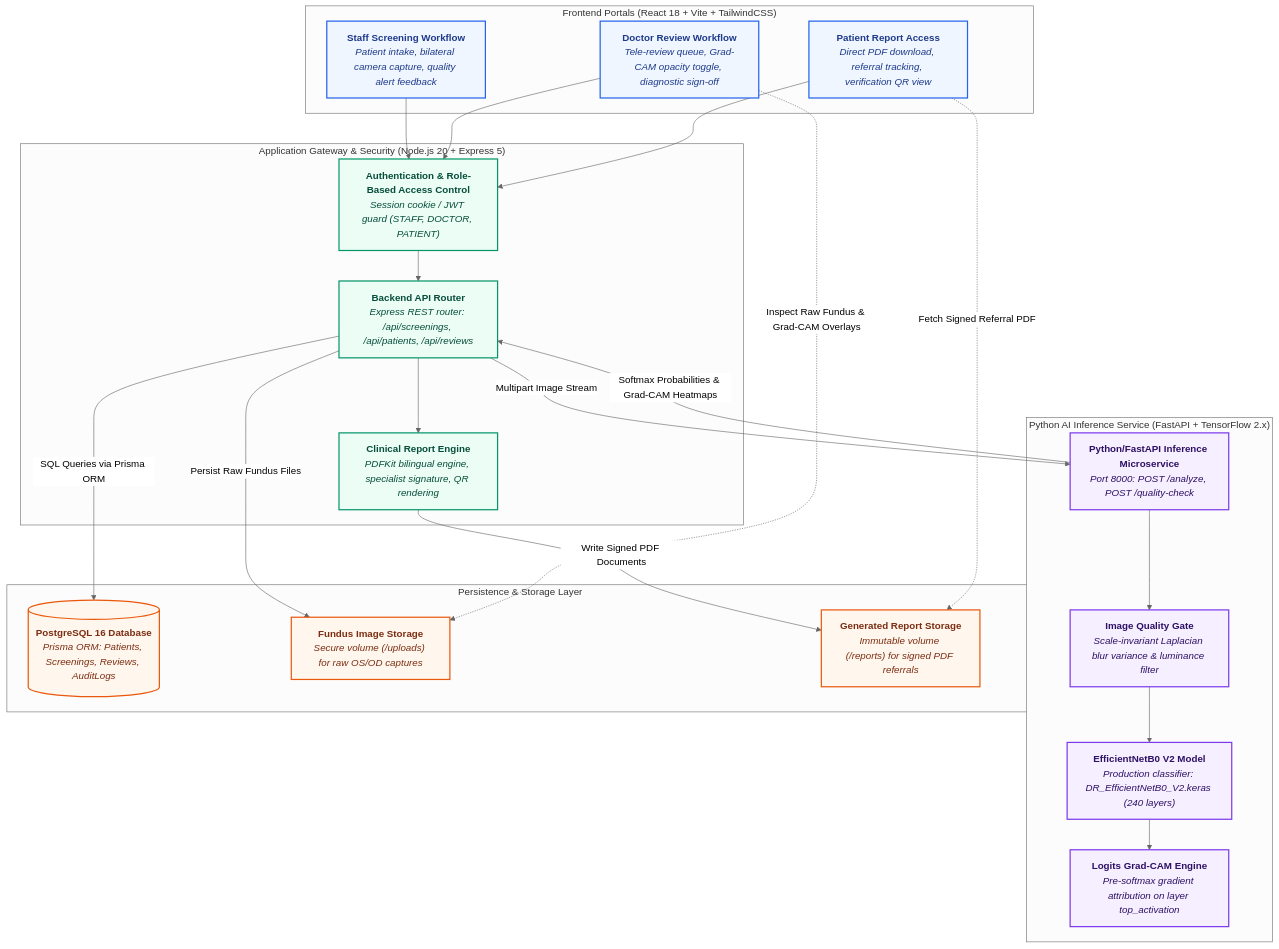
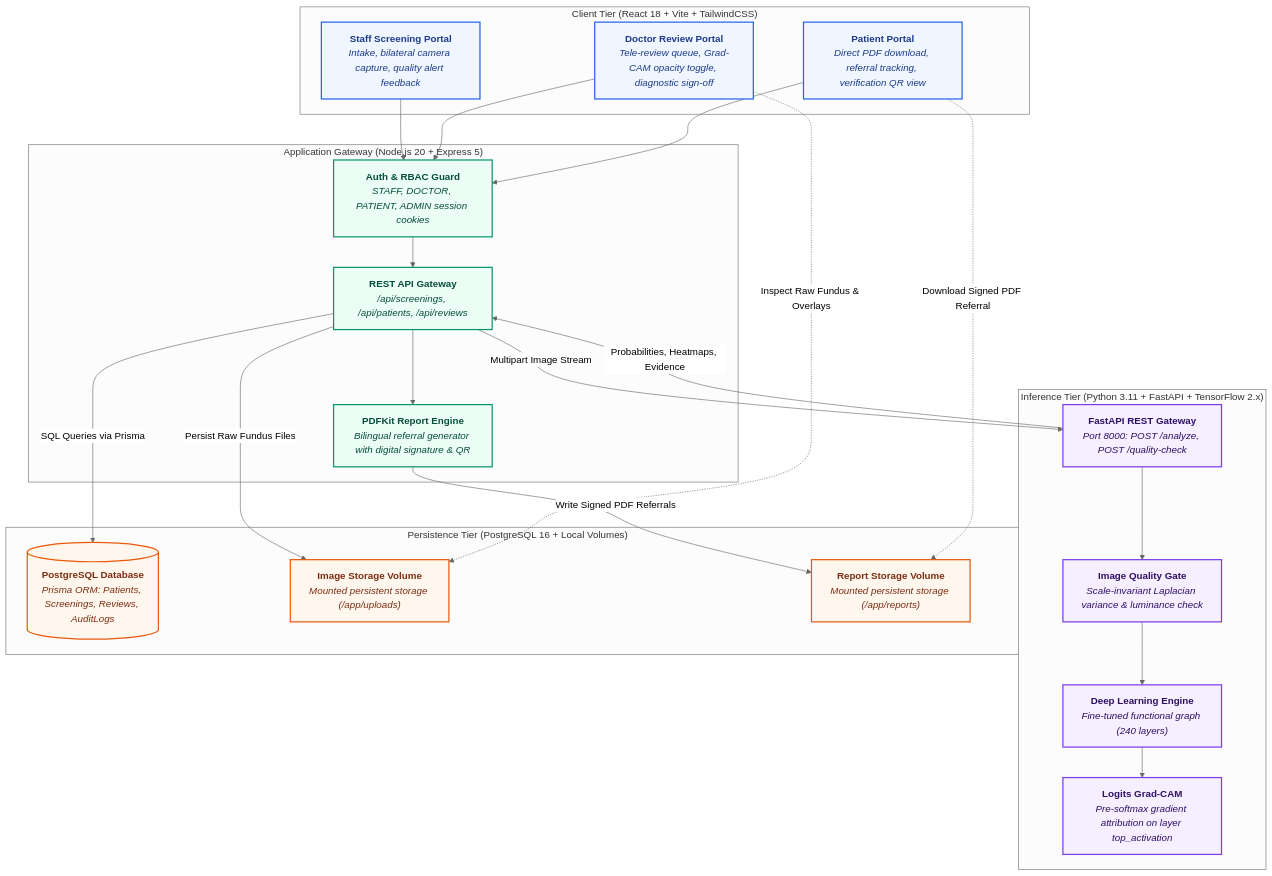
Before and after one commit to SudarshanSingh1/DR-Screening-System: the second of 3 diagrams in README.md, drawn with Mermaid (neutral theme). The commit also changed other lines of this file, not shown here.

Commit message:
Enhance performance of data retrieval functions

````diff
--- a/README.md
+++ b/README.md
@@ -205,56 +294,56 @@
 ```mermaid
 flowchart TD
-    subgraph Frontend_Portals ["Frontend Portals (React 18 + Vite + TailwindCSS)"]
-        STAFF_WF["<b>Staff Screening Workflow</b><br/><i>Patient intake, bilateral camera capture, quality alert feedback</i>"]
-        DOC_WF["<b>Doctor Review Workflow</b><br/><i>Tele-review queue, Grad-CAM opacity toggle, diagnostic sign-off</i>"]
-        PATIENT_ACCESS["<b>Patient Report Access</b><br/><i>Direct PDF download, referral tracking, verification QR view</i>"]
+    subgraph UI ["Client Tier (React 18 + Vite + TailwindCSS)"]
+        STAFF["<b>Staff Screening Portal</b><br/><i>Intake, bilateral camera capture, quality alert feedback</i>"]
+        DOCTOR["<b>Doctor Review Portal</b><br/><i>Tele-review queue, Grad-CAM opacity toggle, diagnostic sign-off</i>"]
+        PATIENT["<b>Patient Portal</b><br/><i>Direct PDF download, referral tracking, verification QR view</i>"]
     end
 
-    subgraph Security_Gateway ["Application Gateway & Security (Node.js 20 + Express 5)"]
-        AUTH_RBAC["<b>Authentication & Role-Based Access Control</b><br/><i>Session cookie / JWT guard (STAFF, DOCTOR, PATIENT)</i>"]
-        BACKEND_API["<b>Backend API Router</b><br/><i>Express REST router: /api/screenings, /api/patients, /api/reviews</i>"]
-        REPORT_GEN["<b>Clinical Report Engine</b><br/><i>PDFKit bilingual engine, specialist signature, QR rendering</i>"]
-        AUTH_RBAC --> BACKEND_API
-        BACKEND_API --> REPORT_GEN
+    subgraph GATEWAY ["Application Gateway (Node.js 20 + Express 5)"]
+        AUTH["<b>Auth & RBAC Guard</b><br/><i>STAFF, DOCTOR, PATIENT, ADMIN session cookies</i>"]
+        ROUTER["<b>REST API Gateway</b><br/><i>/api/screenings, /api/patients, /api/reviews</i>"]
+        PDF_ENG["<b>PDFKit Report Engine</b><br/><i>Bilingual referral generator with digital signature & QR</i>"]
+        AUTH --> ROUTER
+        ROUTER --> PDF_ENG
     end
 
-    subgraph Inference_Tier ["Python AI Inference Service (FastAPI + TensorFlow 2.x)"]
-        FASTAPI_SVC["<b>Python/FastAPI Inference Microservice</b><br/><i>Port 8000: POST /analyze, POST /quality-check</i>"]
-        QG_MOD["<b>Image Quality Gate</b><br/><i>Scale-invariant Laplacian blur variance & luminance filter</i>"]
-        ENET_MODEL["<b>EfficientNetB0 V2 Model</b><br/><i>Production classifier: DR_EfficientNetB0_V2.keras (240 layers)</i>"]
-        GRADCAM_GEN["<b>Logits Grad-CAM Engine</b><br/><i>Pre-softmax gradient attribution on layer top_activation</i>"]
-        FASTAPI_SVC --> QG_MOD
-        QG_MOD --> ENET_MODEL
-        ENET_MODEL --> GRADCAM_GEN
+    subgraph AI_SVC ["Inference Tier (Python 3.11 + FastAPI + TensorFlow 2.x)"]
+        FASTAPI["<b>FastAPI REST Gateway</b><br/><i>Port 8000: POST /analyze, POST /quality-check</i>"]
+        QG["<b>Image Quality Gate</b><br/><i>Scale-invariant Laplacian variance & luminance check</i>"]
+        MODEL["<b>Deep Learning Engine</b><br/><i>Fine-tuned functional graph (240 layers)</i>"]
+        XAI["<b>Logits Grad-CAM</b><br/><i>Pre-softmax gradient attribution on layer top_activation</i>"]
+        FASTAPI --> QG
+        QG --> MODEL
+        MODEL --> XAI
     end
 
-    subgraph Persistence_Tier ["Persistence & Storage Layer"]
-        PG_DB[("<b>PostgreSQL 16 Database</b><br/><i>Prisma ORM: Patients, Screenings, Reviews, AuditLogs</i>")]
-        IMG_STORAGE["<b>Fundus Image Storage</b><br/><i>Secure volume (/uploads) for raw OS/OD captures</i>"]
-        REP_STORAGE["<b>Generated Report Storage</b><br/><i>Immutable volume (/reports) for signed PDF referrals</i>"]
+    subgraph DATA ["Persistence Tier (PostgreSQL 16 + Local Volumes)"]
+        DB[("<b>PostgreSQL Database</b><br/><i>Prisma ORM: Patients, Screenings, Reviews, AuditLogs</i>")]
+        UPLOADS["<b>Image Storage Volume</b><br/><i>Mounted persistent storage (/app/uploads)</i>"]
+        REPORTS["<b>Report Storage Volume</b><br/><i>Mounted persistent storage (/app/reports)</i>"]
     end
 
-    STAFF_WF --> AUTH_RBAC
-    DOC_WF --> AUTH_RBAC
-    PATIENT_ACCESS --> AUTH_RBAC
+    STAFF --> AUTH
+    DOCTOR --> AUTH
+    PATIENT --> AUTH
 
-    BACKEND_API -->|Multipart Image Stream| FASTAPI_SVC
-    FASTAPI_SVC -->|Softmax Probabilities & Grad-CAM Heatmaps| BACKEND_API
+    ROUTER -->|Multipart Image Stream| FASTAPI
+    FASTAPI -->|Probabilities, Heatmaps, Evidence| ROUTER
 
-    BACKEND_API -->|SQL Queries via Prisma ORM| PG_DB
-    BACKEND_API -->|Persist Raw Fundus Files| IMG_STORAGE
-    REPORT_GEN -->|Write Signed PDF Documents| REP_STORAGE
+    ROUTER -->|SQL Queries via Prisma| DB
+    ROUTER -->|Persist Raw Fundus Files| UPLOADS
+    PDF_ENG -->|Write Signed PDF Referrals| REPORTS
 
-    DOC_WF -.->|Inspect Raw Fundus & Grad-CAM Overlays| IMG_STORAGE
-    PATIENT_ACCESS -.->|Fetch Signed Referral PDF| REP_STORAGE
+    DOCTOR -.->|Inspect Raw Fundus & Overlays| UPLOADS
+    PATIENT -.->|Download Signed PDF Referral| REPORTS
 
-    classDef uiBox stroke:#2563eb,stroke-width:2px,fill:#eff6ff,color:#1e3a8a;
-    classDef gwBox stroke:#059669,stroke-width:2px,fill:#ecfdf5,color:#064e3b;
-    classDef aiBox stroke:#7c3aed,stroke-width:2px,fill:#f5efff,color:#2e1065;
-    classDef dbBox stroke:#ea580c,stroke-width:2px,fill:#fff7ed,color:#7c2d12;
+    classDef uiBox fill:#eff6ff,stroke:#2563eb,stroke-width:2px,color:#1e3a8a;
+    classDef gwBox fill:#ecfdf5,stroke:#059669,stroke-width:2px,color:#064e3b;
+    classDef aiBox fill:#f5efff,stroke:#7c3aed,stroke-width:2px,color:#2e1065;
+    classDef dbBox fill:#fff7ed,stroke:#ea580c,stroke-width:2px,color:#7c2d12;
 
-    class STAFF_WF,DOC_WF,PATIENT_ACCESS uiBox;
-    class AUTH_RBAC,BACKEND_API,REPORT_GEN gwBox;
-    class FASTAPI_SVC,QG_MOD,ENET_MODEL,GRADCAM_GEN aiBox;
-    class PG_DB,IMG_STORAGE,REP_STORAGE dbBox;
+    class STAFF,DOCTOR,PATIENT uiBox;
+    class AUTH,ROUTER,PDF_ENG gwBox;
+    class FASTAPI,QG,MODEL,XAI aiBox;
+    class DB,UPLOADS,REPORTS dbBox;
 ```
````
